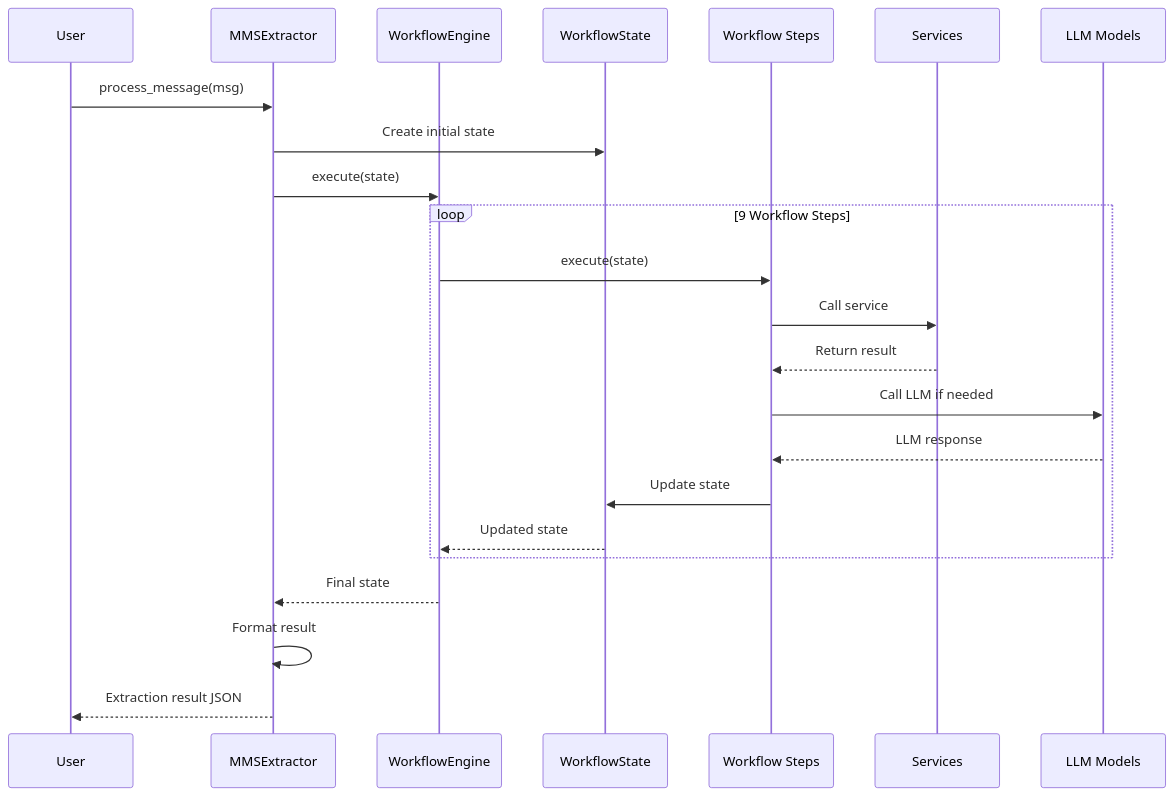
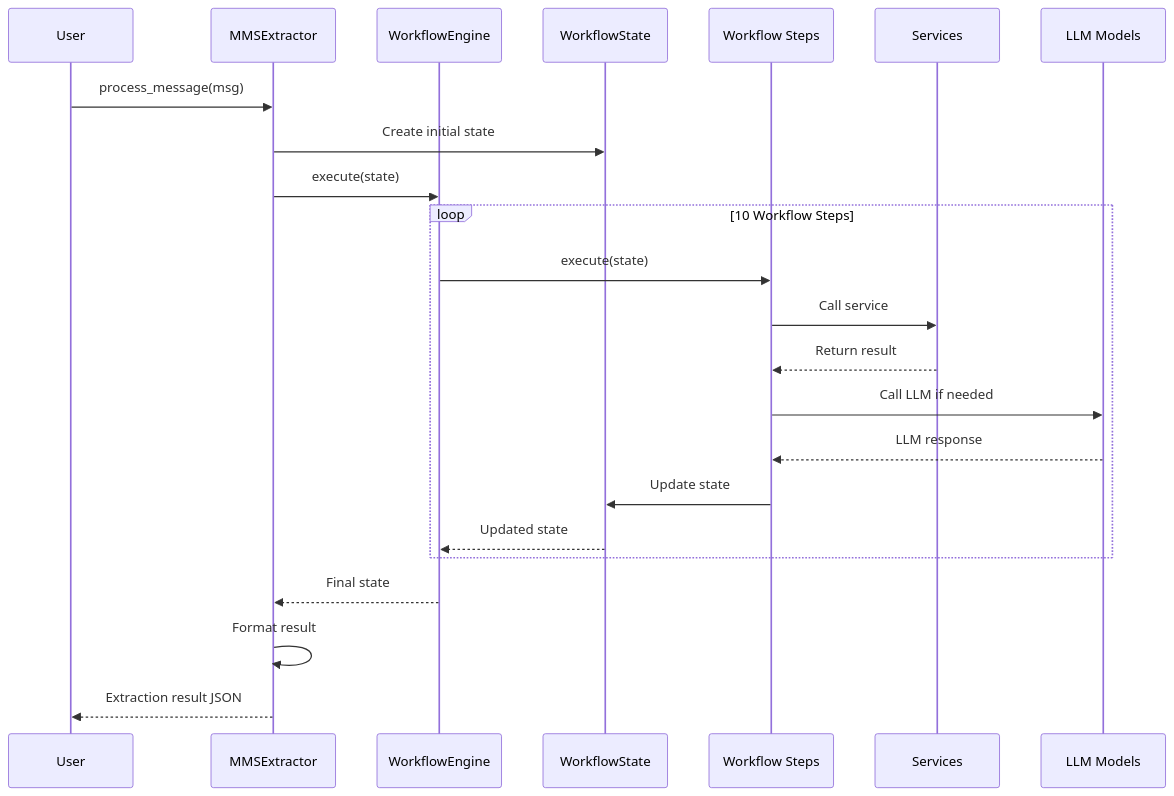
One commit to yonggoghi/AgenticWorkflow changed the second of 4 diagrams in mms_extractor_exp/docs/ARCHITECTURE.md. Above: the diagram before and after it, drawn with Mermaid. The commit also changed other lines of this file and 6 other files, not shown here.

````diff
--- a/mms_extractor_exp/docs/ARCHITECTURE.md
+++ b/mms_extractor_exp/docs/ARCHITECTURE.md
@@ -127,28 +130,28 @@
 ```mermaid
 sequenceDiagram
     participant User
     participant Extractor as MMSExtractor
     participant Engine as WorkflowEngine
     participant State as WorkflowState
     participant Steps as Workflow Steps
     participant Services as Services
     participant LLM as LLM Models
     
     User->>Extractor: process_message(msg)
     Extractor->>State: Create initial state
     Extractor->>Engine: execute(state)
     
-    loop 9 Workflow Steps
+    loop 10 Workflow Steps
         Engine->>Steps: execute(state)
         Steps->>Services: Call service
         Services-->>Steps: Return result
         Steps->>LLM: Call LLM if needed
         LLM-->>Steps: LLM response
         Steps->>State: Update state
         State-->>Engine: Updated state
     end
     
     Engine-->>Extractor: Final state
     Extractor->>Extractor: Format result
     Extractor-->>User: Extraction result JSON
 ```
````
